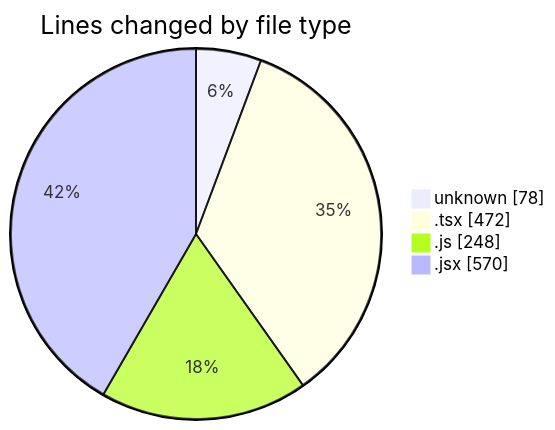
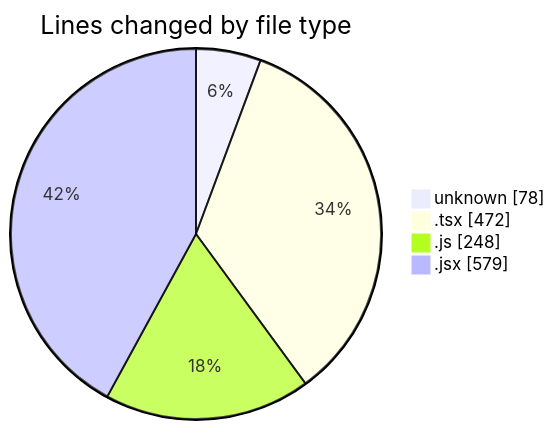
Before and after one commit to momahboobian/code-tracking: the first of 2 diagrams in 2025-06-02/cda/README.md, drawn with Mermaid. The commit also changed other lines of this file and 1 other file, not shown here.

````diff
--- a/2025-06-02/cda/README.md
+++ b/2025-06-02/cda/README.md
@@ -27,8 +27,8 @@
 ```mermaid
 pie showData
 title Lines changed by file type
 "unknown" : 78
 ".tsx" : 472
 ".js" : 248
-".jsx" : 570
+".jsx" : 579
 ```
````
